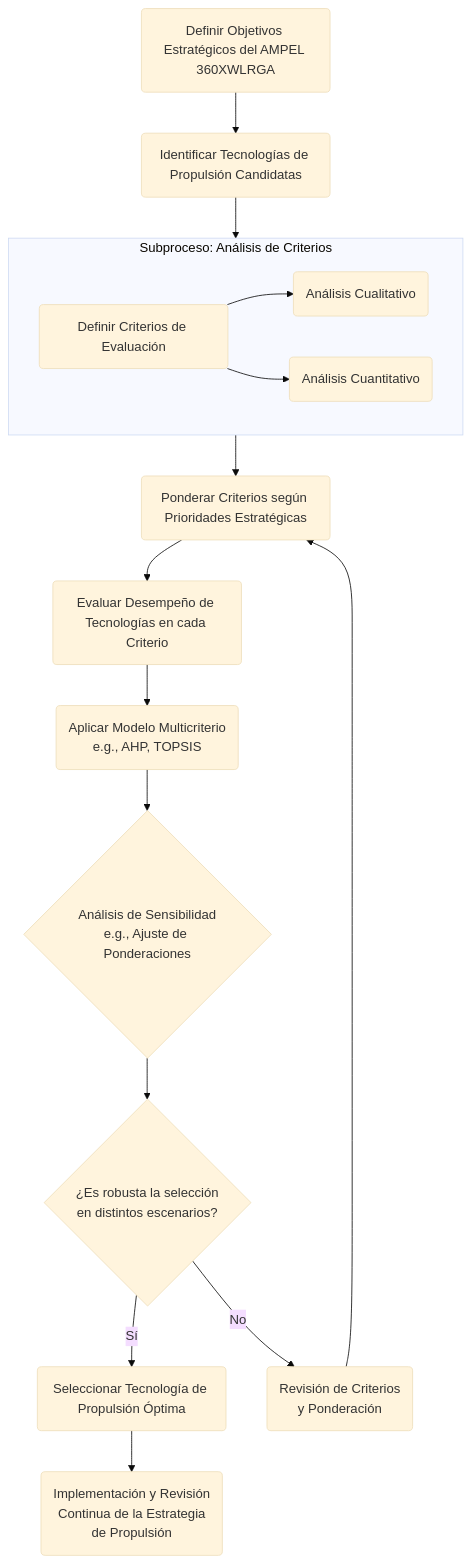
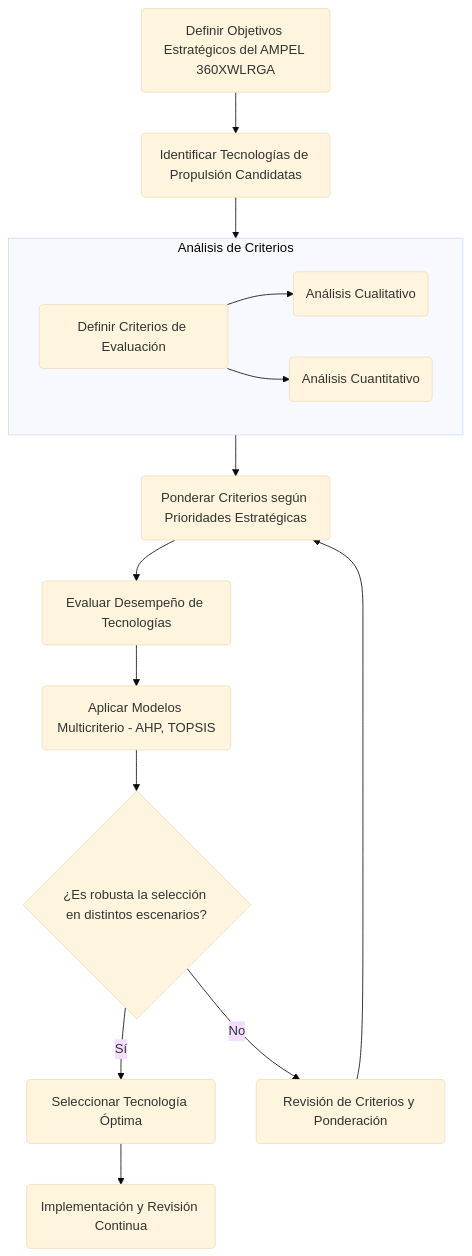
One commit to ampel360/Robbbo-T changed the diagram in readme.md. Above: the diagram before and after it, drawn with Mermaid (base theme). The commit also changed other lines of this file, not shown here.

````diff
--- a/readme.md
+++ b/readme.md
@@ -113,19 +105,18 @@
 ```mermaid
- flowchart TD
-     A(Definir Objetivos Estratégicos del AMPEL 360XWLRGA) --> B(Identificar Tecnologías de Propulsión Candidatas)
-     B --> C(Definir Criterios de Evaluación)
-     subgraph Subproceso: Análisis de Criterios
-         direction LR
-         C --> C1(Análisis Cualitativo)
-         C --> C2(Análisis Cuantitativo)
-     end
-     C --> D(Ponderar Criterios según Prioridades Estratégicas)
-     D --> E(Evaluar Desempeño de Tecnologías en cada Criterio)
-     E --> F(Aplicar Modelo Multicriterio<br/>e.g., AHP, TOPSIS)
-     F --> G{Análisis de Sensibilidad<br/>e.g., Ajuste de Ponderaciones}
-     G --> H{¿Es robusta la selección<br/>en distintos escenarios?}
-     H -- Sí --> I(Seleccionar Tecnología de Propulsión Óptima)
-     H -- No --> J(Revisión de Criterios<br/>y Ponderación)
-     J --> D
-     I --> K(Implementación y Revisión<br/>Continua de la Estrategia<br/>de Propulsión)
- ```
+flowchart TD
+    A(Definir Objetivos Estratégicos del AMPEL 360XWLRGA) --> B(Identificar Tecnologías de Propulsión Candidatas)
+    B --> C(Definir Criterios de Evaluación)
+    subgraph Análisis de Criterios
+        direction LR
+        C --> C1(Análisis Cualitativo)
+        C --> C2(Análisis Cuantitativo)
+    end
+    C --> D(Ponderar Criterios según Prioridades Estratégicas)
+    D --> E(Evaluar Desempeño de Tecnologías)
+    E --> F(Aplicar Modelos Multicriterio - AHP, TOPSIS)
+    F --> G{¿Es robusta la selección en distintos escenarios?}
+    G -- Sí --> I(Seleccionar Tecnología Óptima)
+    G -- No --> J(Revisión de Criterios y Ponderación)
+    J --> D
+    I --> K(Implementación y Revisión Continua)
+```
````
